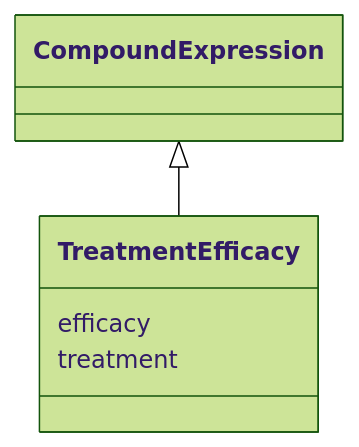
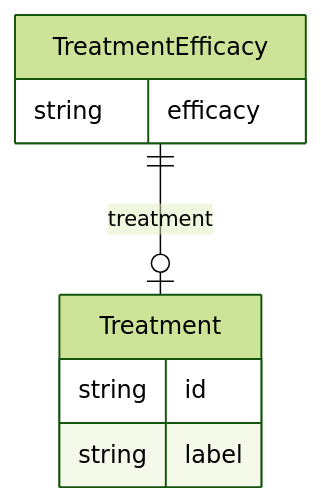
The diagram in docs/treatment/TreatmentEfficacy.md (monarch-initiative/ontogpt), drawn with Mermaid (forest theme) before and after one commit. The commit also changed 187 other files, not shown here.

````diff
--- a/docs/treatment/TreatmentEfficacy.md
+++ b/docs/treatment/TreatmentEfficacy.md
@@ -8,9 +8,13 @@
 ```mermaid
- classDiagram
-    class TreatmentEfficacy
-      CompoundExpression <|-- TreatmentEfficacy
-      
-      TreatmentEfficacy : efficacy
-      TreatmentEfficacy : treatment
-      
+erDiagram
+TreatmentEfficacy {
+    string efficacy  
+}
+Treatment {
+    string id  
+    string label  
+}
+
+TreatmentEfficacy ||--|o Treatment : "treatment"
+
 ```
````
